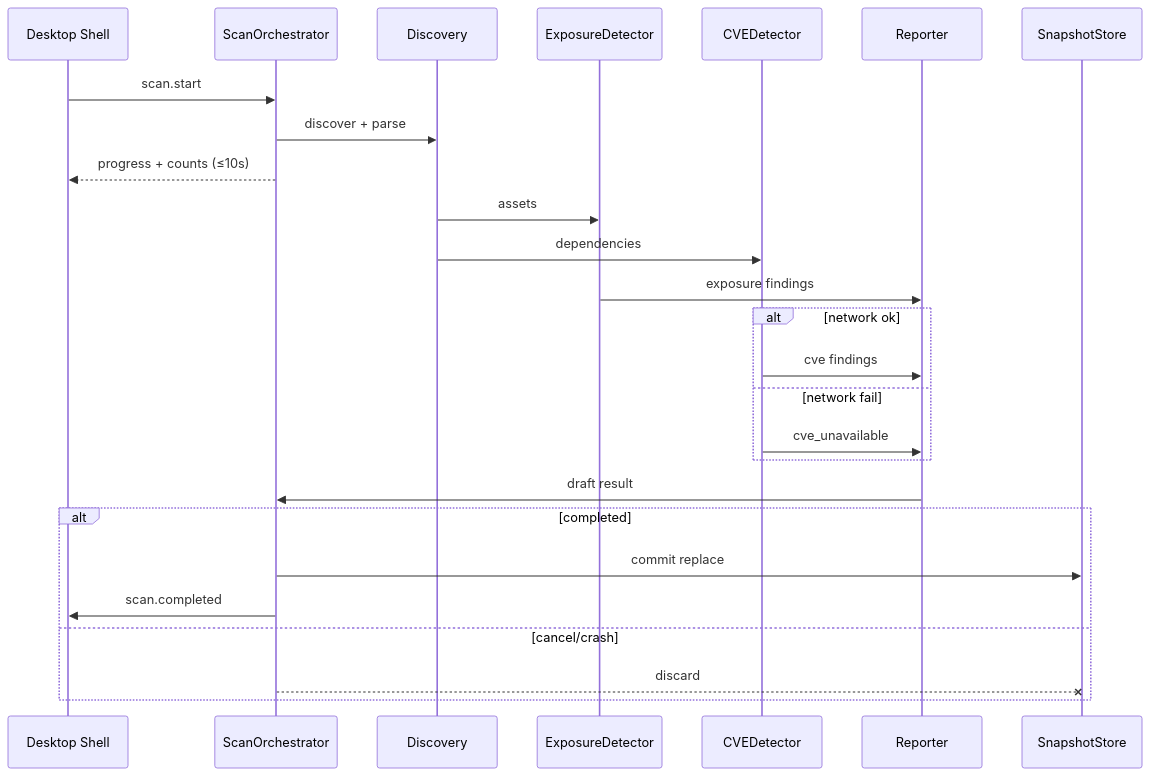
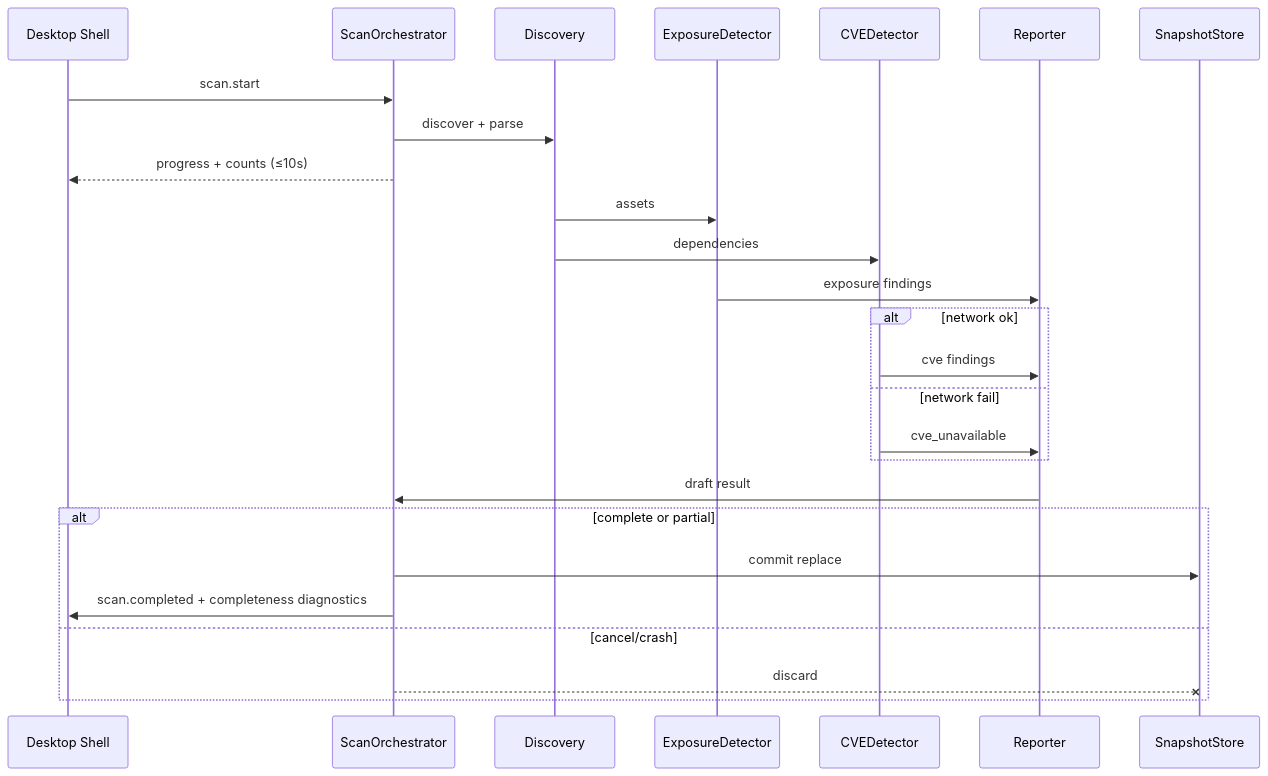
The third of 5 diagrams in docs/architecture/architecture.md (ChuhC/AgentSec), drawn with Mermaid before and after one commit. The commit also changed other lines of this file and 61 other files, not shown here.

````diff
--- a/docs/architecture/architecture.md
+++ b/docs/architecture/architecture.md
@@ -149,29 +150,29 @@
 ```mermaid
 sequenceDiagram
   participant UI as Desktop Shell
   participant O as ScanOrchestrator
   participant D as Discovery
   participant E as ExposureDetector
   participant C as CVEDetector
   participant R as Reporter
   participant S as SnapshotStore
 
   UI->>O: scan.start
   O->>D: discover + parse
   O-->>UI: progress + counts (≤10s)
   D->>E: assets
   D->>C: dependencies
   E->>R: exposure findings
   alt network ok
     C->>R: cve findings
   else network fail
     C->>R: cve_unavailable
   end
   R->>O: draft result
-  alt completed
+  alt complete or partial
     O->>S: commit replace
-    O->>UI: scan.completed
+    O->>UI: scan.completed + completeness diagnostics
   else cancel/crash
     O--xS: discard
   end
 ```
````
